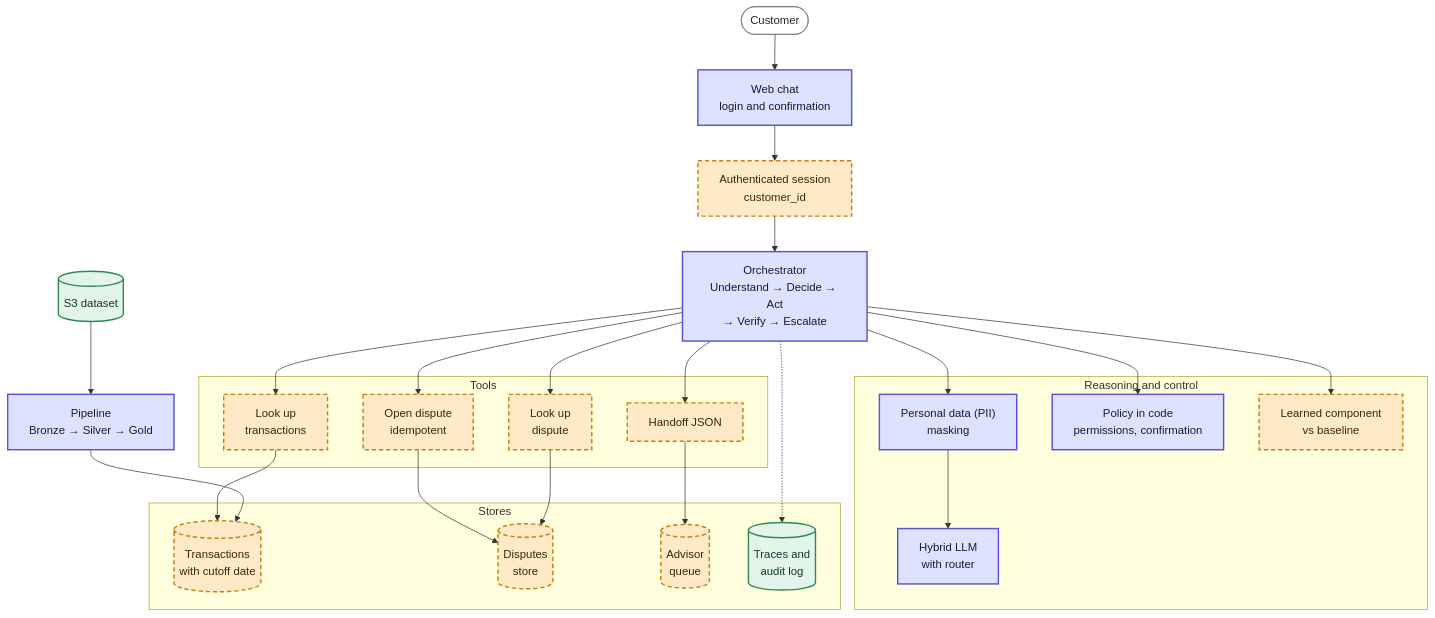
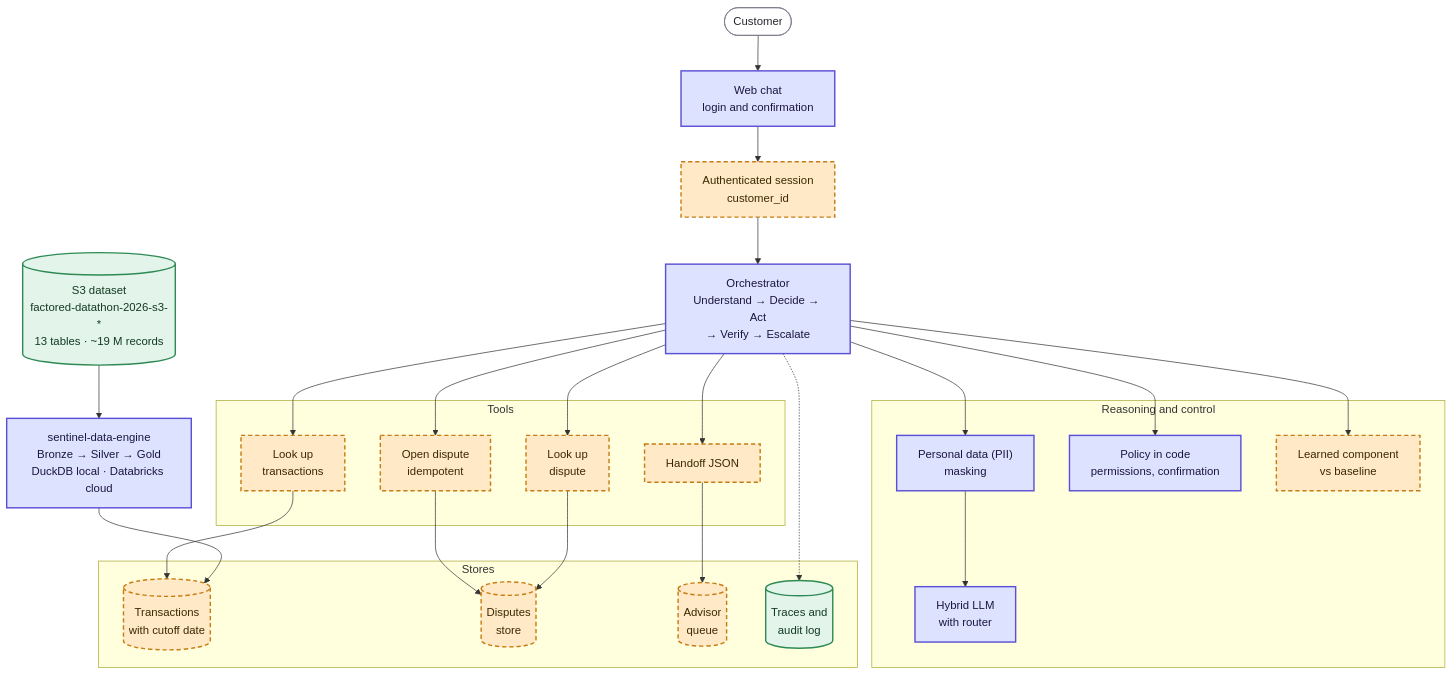
The second of 4 diagrams in docs/understand/architecture.md (rdorta27/factored-hackathon-2026-sentinel-engine), drawn with Mermaid before and after one commit. The commit also changed other lines of this file and 5 other files, not shown here.

Commit message:
align docs sentinel-data-engine

````diff
--- a/docs/understand/architecture.md
+++ b/docs/understand/architecture.md
@@ -49,41 +49,41 @@
 ```mermaid
 flowchart TB
     client(["Customer"]) --> chat["Web chat<br/>login and confirmation"] --> auth["Authenticated session<br/>customer_id"] --> orch["Orchestrator<br/>Understand → Decide → Act<br/>→ Verify → Escalate"]
 
     subgraph brain["Reasoning and control"]
         pii["Personal data (PII)<br/>masking"] --> llm["Hybrid LLM<br/>with router"]
         policy["Policy in code<br/>permissions, confirmation"]
         ml["Learned component<br/>vs baseline"]
     end
     subgraph toolset["Tools"]
         read["Look up<br/>transactions"]
         open["Open dispute<br/>idempotent"]
         verify["Look up<br/>dispute"]
         handoff["Handoff JSON"]
     end
     subgraph stores["Stores"]
         gold[("Transactions<br/>with cutoff date")]
         disputes[("Disputes<br/>store")]
         advisors[("Advisor<br/>queue")]
         traces[("Traces and<br/>audit log")]
     end
 
     orch --> pii & policy & ml
     orch --> read & open & verify & handoff
     read --> gold
     open --> disputes
     verify --> disputes
     handoff --> advisors
     orch -.-> traces
-    s3[("S3 dataset")] --> pipeline["Pipeline<br/>Bronze → Silver → Gold"] --> gold
+    s3[("S3 dataset<br/>factored-datathon-2026-s3-*<br/>13 tables · ~19 M records")] --> pipeline["sentinel-data-engine<br/>Bronze → Silver → Gold<br/>DuckDB local · Databricks cloud"] --> gold
 
     classDef real fill:#dde3ff,stroke:#5b4fd6,stroke-width:2px,color:#1b1640
     classDef mock fill:#ffe9c7,stroke:#c77d12,stroke-width:2px,stroke-dasharray:6 4,color:#3a2a00
     classDef store fill:#e3f4ea,stroke:#2f8a55,stroke-width:2px,color:#123a22
     classDef proposed fill:#f1f1f4,stroke:#77778a,stroke-width:2px,stroke-dasharray:4 3,color:#26262f
     classDef ext fill:#ffffff,stroke:#77778a,stroke-width:1px,color:#26262f
     class client ext
     class chat,orch,pii,policy,llm,pipeline real
     class auth,ml,read,open,verify,handoff,gold,disputes,advisors mock
     class traces,s3 store
 ```
````
